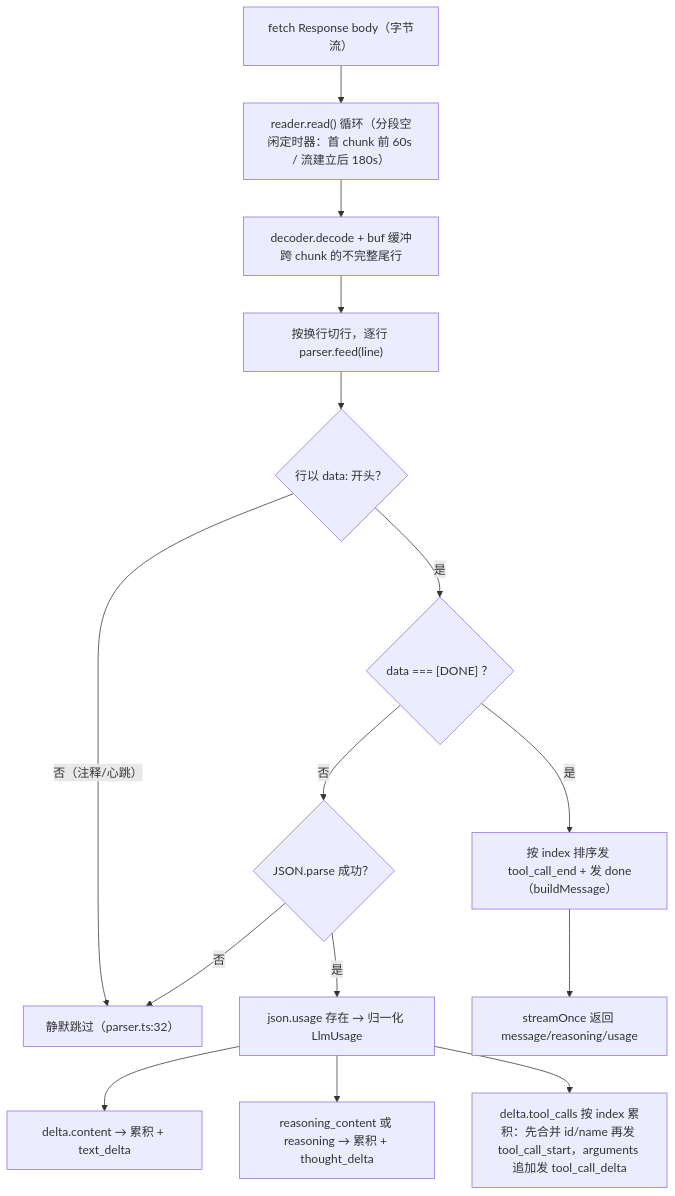
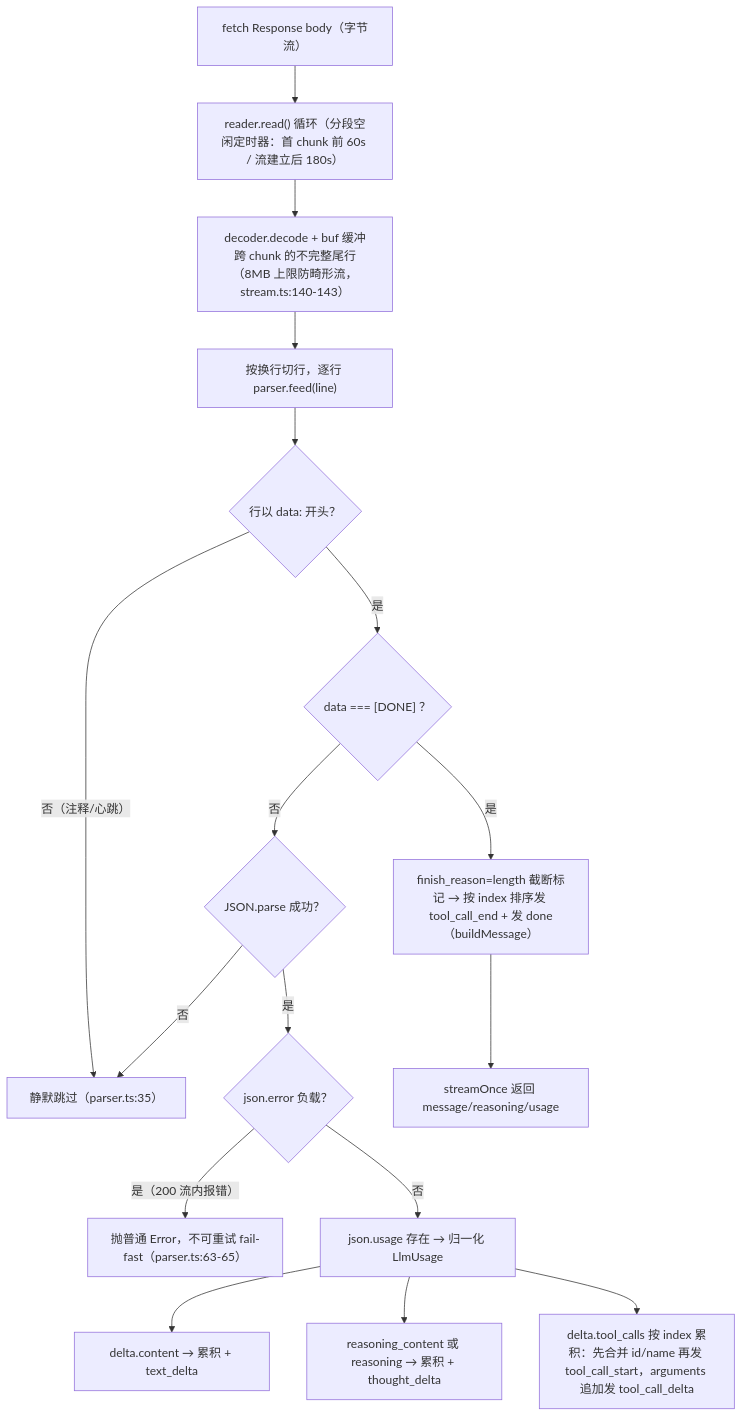
One commit to Doggez1G/DogEggAgent changed the second of 3 diagrams in docs/versions/0.2/02-设计实现/03-LLM接入层.md. Above: the diagram before and after it, drawn with Mermaid. The commit also changed other lines of this file and 39 other files, not shown here.

````diff
--- a/docs/versions/0.2/02-设计实现/03-LLM接入层.md
+++ b/docs/versions/0.2/02-设计实现/03-LLM接入层.md
@@ -190,17 +194,19 @@
 ```mermaid
 flowchart TD
   A["fetch Response body（字节流）"] --> B["reader.read() 循环（分段空闲定时器：首 chunk 前 60s / 流建立后 180s）"]
-  B --> C["decoder.decode + buf 缓冲跨 chunk 的不完整尾行"]
+  B --> C["decoder.decode + buf 缓冲跨 chunk 的不完整尾行（8MB 上限防畸形流，stream.ts:140-143）"]
   C --> D["按换行切行，逐行 parser.feed(line)"]
   D --> E{"行以 data: 开头？"}
-  E -- "否（注释/心跳）" --> F["静默跳过（parser.ts:32）"]
+  E -- "否（注释/心跳）" --> F["静默跳过（parser.ts:35）"]
   E -- "是" --> G{"data === [DONE] ？"}
-  G -- "是" --> H["按 index 排序发 tool_call_end + 发 done（buildMessage）"]
+  G -- "是" --> H["finish_reason=length 截断标记 → 按 index 排序发 tool_call_end + 发 done（buildMessage）"]
   G -- "否" --> I{"JSON.parse 成功？"}
   I -- "否" --> F
-  I -- "是" --> J["json.usage 存在 → 归一化 LlmUsage"]
+  I -- "是" --> I2{"json.error 负载？"}
+  I2 -- "是（200 流内报错）" --> X["抛普通 Error，不可重试 fail-fast（parser.ts:63-65）"]
+  I2 -- "否" --> J["json.usage 存在 → 归一化 LlmUsage"]
   J --> K["delta.content → 累积 + text_delta"]
   J --> L["reasoning_content 或 reasoning → 累积 + thought_delta"]
   J --> M["delta.tool_calls 按 index 累积：先合并 id/name 再发 tool_call_start，arguments 追加发 tool_call_delta"]
   H --> N["streamOnce 返回 message/reasoning/usage"]
 ```
````
